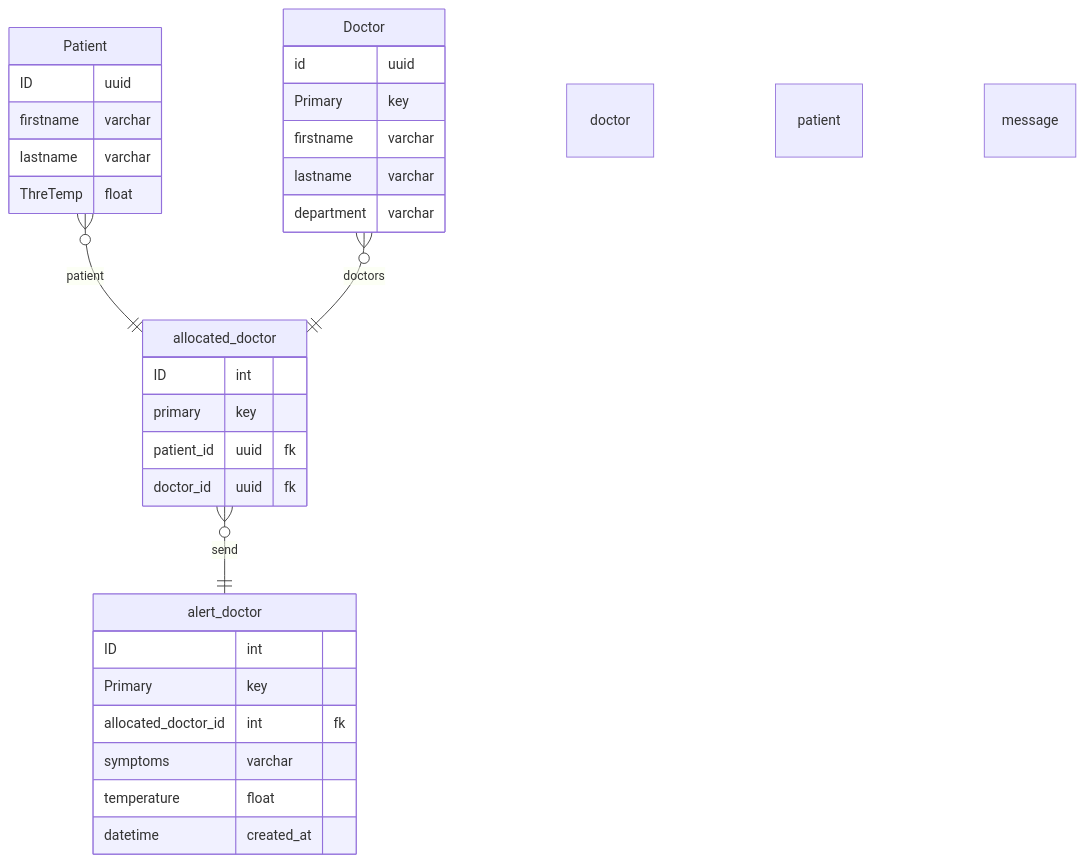
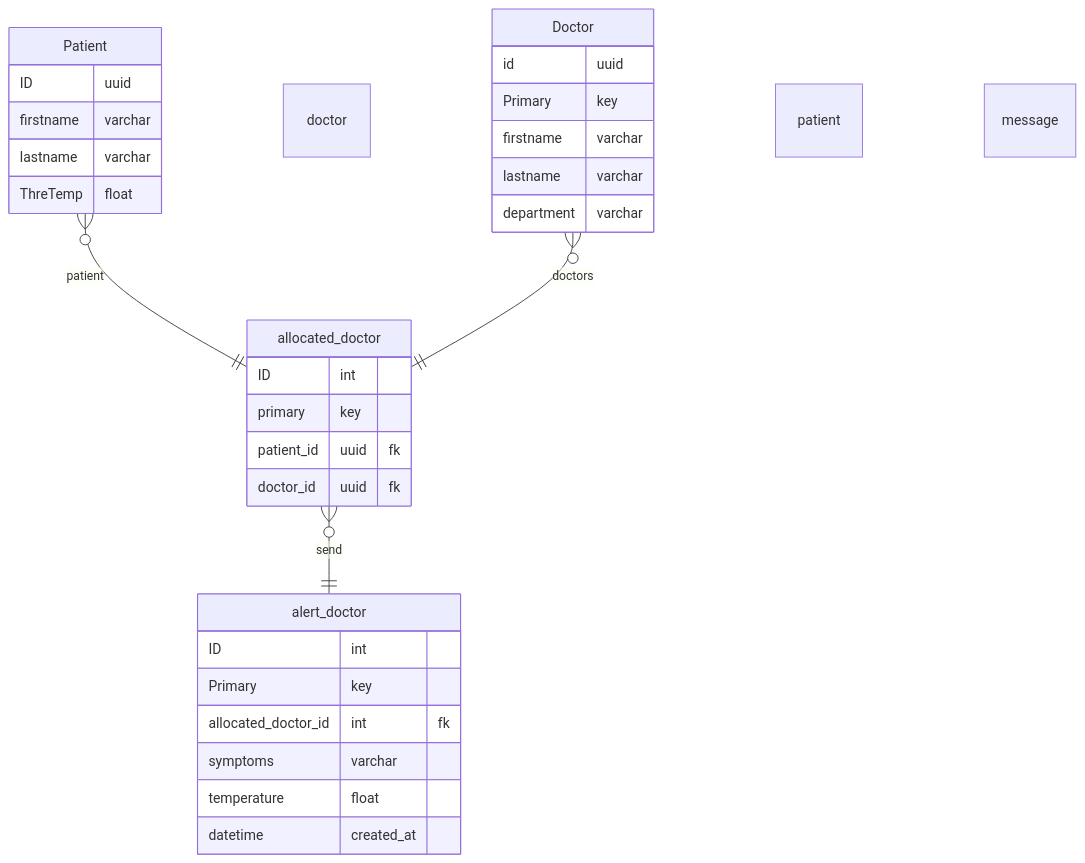
One commit to sibongakonkebuthelezi91/health_safe changed the second of 2 diagrams in README.md. Above: the diagram before and after it, drawn with Mermaid. The commit also changed 5 other files, not shown here.

Commit message:
building alertDoctor

````diff
--- a/README.md
+++ b/README.md
@@ -40,36 +40,37 @@
 ```mermaid
    erDiagram
-       Patient {
+
+    Patient }o--|| allocated_doctor : patient doctor
+    Doctor }o--|| allocated_doctor : doctors patient
+    allocated_doctor}o--|| alert_doctor : send message
+
+    Patient {
            ID uuid
            firstname varchar
            lastname varchar
            ThreTemp float
        }
        
        Doctor{
            id uuid Primary key
            firstname varchar
            lastname varchar
            department varchar
        }
        
        
         alert_doctor{
             ID int Primary key
             allocated_doctor_id int fk
             symptoms varchar
             temperature float
             datetime created_at
         }
         
         allocated_doctor{
             ID int primary key
             patient_id uuid fk
             doctor_id uuid fk
         }
         
-        Patient }o--|| allocated_doctor : patient doctor
-        Doctor }o--|| allocated_doctor : doctors patient
-        allocated_doctor }o--|| alert_doctor : send message
-        
 ```
````
